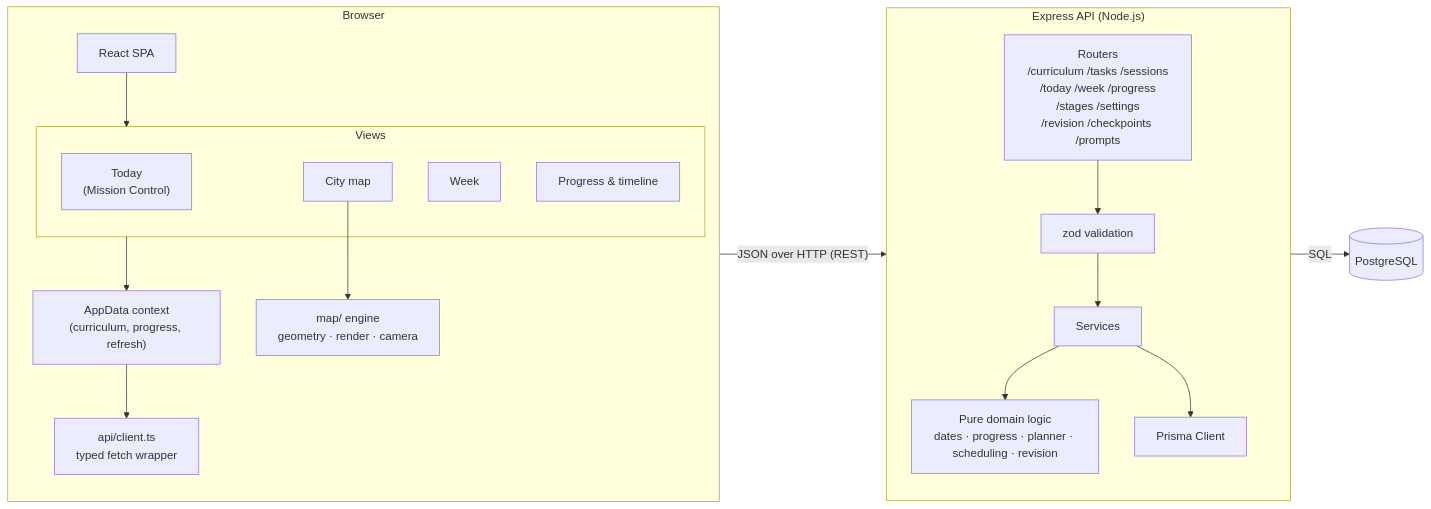
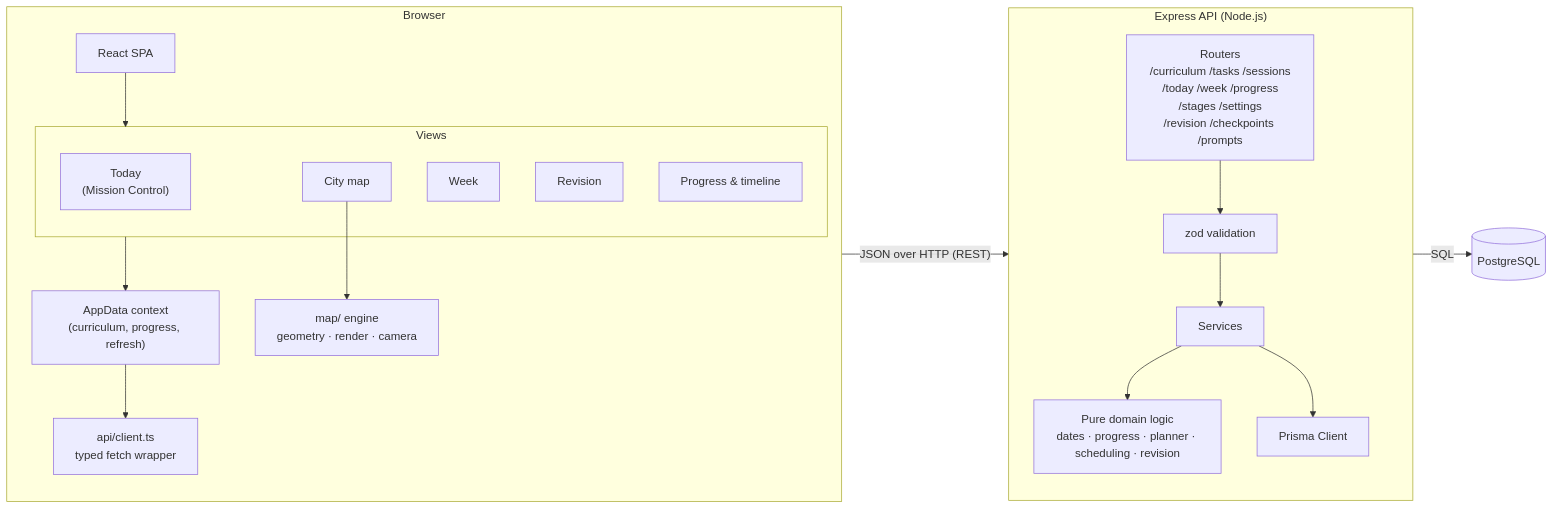
One commit to Abinash-Anand/Blueprint changed the second of 10 diagrams in docs/HLD.md. Above: the diagram before and after it, drawn with Mermaid. The commit also changed other lines of this file and 20 other files, not shown here.

````diff
--- a/docs/HLD.md
+++ b/docs/HLD.md
@@ -45,32 +45,33 @@
 ```mermaid
 flowchart LR
   subgraph Browser
     direction TB
     APP["React SPA"]
     subgraph Views
       TODAY["Today<br/>(Mission Control)"]
       WEEK["Week"]
+      REV["Revision"]
       CITY["City map"]
       PROG["Progress & timeline"]
     end
     STORE["AppData context<br/>(curriculum, progress, refresh)"]
     CLIENT["api/client.ts<br/>typed fetch wrapper"]
     MAPENG["map/ engine<br/>geometry · render · camera"]
     APP --> Views
     Views --> STORE --> CLIENT
     CITY --> MAPENG
   end
   subgraph Server["Express API (Node.js)"]
     direction TB
     ROUTES["Routers<br/>/curriculum /tasks /sessions<br/>/today /week /progress<br/>/stages /settings<br/>/revision /checkpoints /prompts"]
     VAL["zod validation"]
     SVC["Services"]
     DOMAIN["Pure domain logic<br/>dates · progress · planner · scheduling · revision"]
     PRISMA["Prisma Client"]
     ROUTES --> VAL --> SVC --> DOMAIN
     SVC --> PRISMA
   end
   PG[("PostgreSQL")]
   CLIENT -- "JSON over HTTP (REST)" --> ROUTES
   PRISMA -- SQL --> PG
 ```
````
